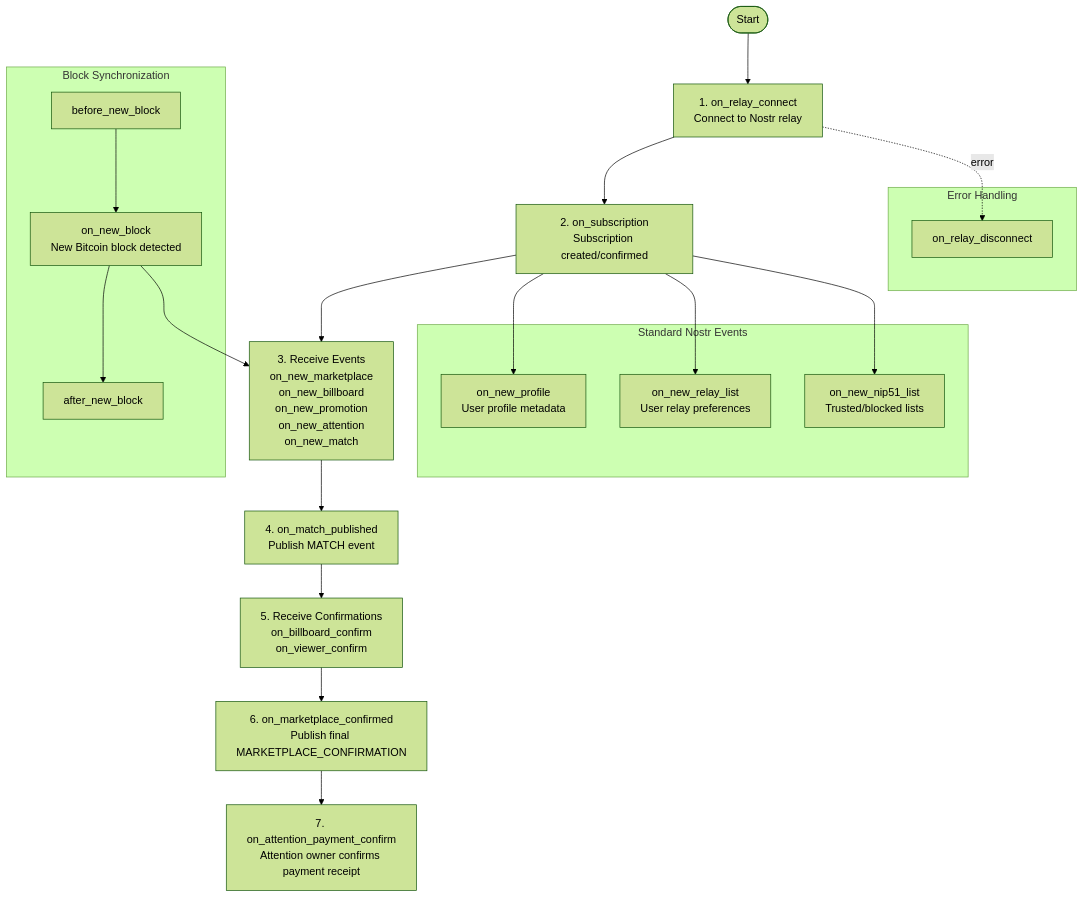
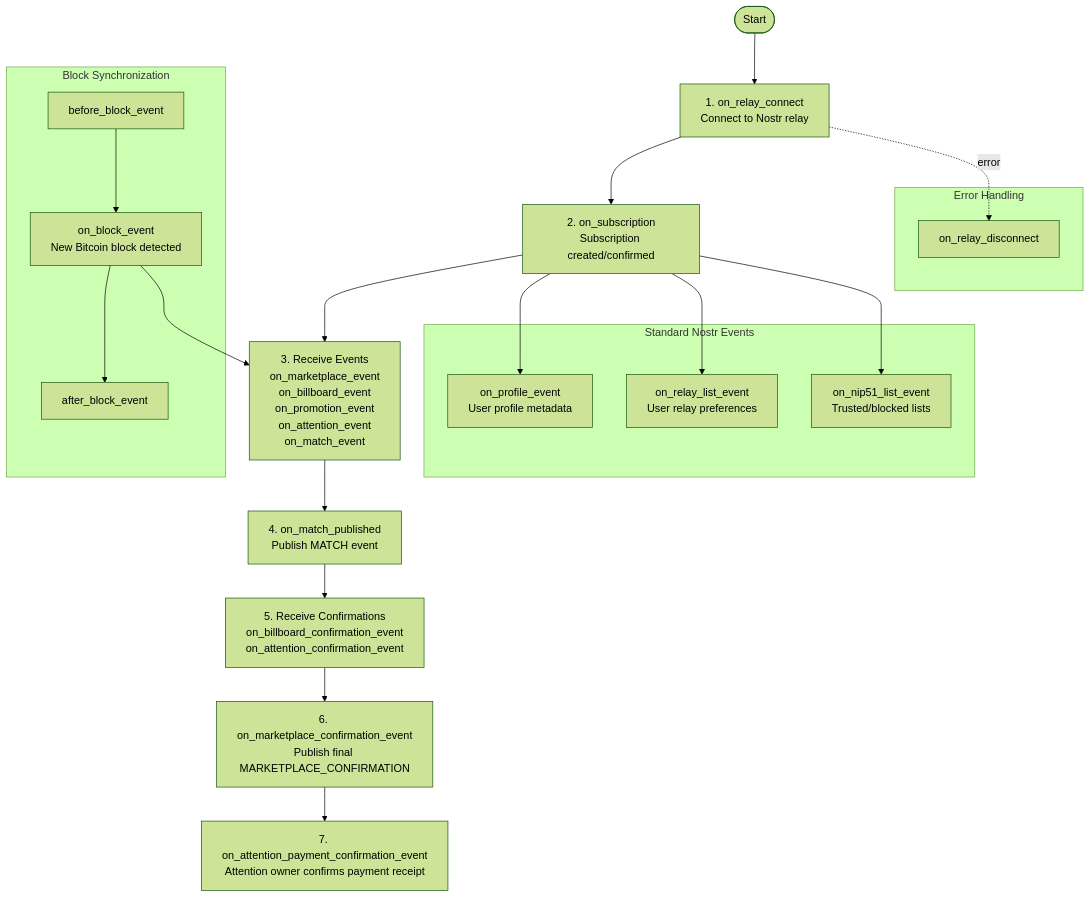
Before and after one commit to joinnextblock/attn-protocol: the diagram in packages/framework/docs/HOOKS.md, drawn with Mermaid (forest theme). The commit also changed other lines of this file and 41 other files, not shown here.

````diff
--- a/packages/framework/docs/HOOKS.md
+++ b/packages/framework/docs/HOOKS.md
@@ -7,33 +7,33 @@
 ```mermaid
 graph TD
     Start([Start]) --> relay_connect[1. on_relay_connect<br/>Connect to Nostr relay]
     relay_connect --> subscription[2. on_subscription<br/>Subscription created/confirmed]
-    subscription --> receive_events[3. Receive Events<br/>on_new_marketplace<br/>on_new_billboard<br/>on_new_promotion<br/>on_new_attention<br/>on_new_match]
+    subscription --> receive_events[3. Receive Events<br/>on_marketplace_event<br/>on_billboard_event<br/>on_promotion_event<br/>on_attention_event<br/>on_match_event]
     receive_events --> match[4. on_match_published<br/>Publish MATCH event]
-    match --> confirmations[5. Receive Confirmations<br/>on_billboard_confirm<br/>on_viewer_confirm]
-    confirmations --> final[6. on_marketplace_confirmed<br/>Publish final MARKETPLACE_CONFIRMATION]
-    final --> payment[7. on_attention_payment_confirm<br/>Attention owner confirms payment receipt]
+    match --> confirmations[5. Receive Confirmations<br/>on_billboard_confirmation_event<br/>on_attention_confirmation_event]
+    confirmations --> final[6. on_marketplace_confirmation_event<br/>Publish final MARKETPLACE_CONFIRMATION]
+    final --> payment[7. on_attention_payment_confirmation_event<br/>Attention owner confirms payment receipt]
 
     subgraph Block Synchronization
-        block_before[before_new_block]
-        block_finalized[on_new_block<br/>New Bitcoin block detected]
-        block_after[after_new_block]
+        block_before[before_block_event]
+        block_finalized[on_block_event<br/>New Bitcoin block detected]
+        block_after[after_block_event]
     end
     block_before --> block_finalized --> block_after
     block_finalized --> receive_events
 
     subgraph Standard Nostr Events
-        profile[on_new_profile<br/>User profile metadata]
-        relay_list[on_new_relay_list<br/>User relay preferences]
-        nip51_list[on_new_nip51_list<br/>Trusted/blocked lists]
+        profile[on_profile_event<br/>User profile metadata]
+        relay_list[on_relay_list_event<br/>User relay preferences]
+        nip51_list[on_nip51_list_event<br/>Trusted/blocked lists]
     end
     subscription --> profile
     subscription --> relay_list
     subscription --> nip51_list
 
     subgraph Error Handling
         relay_disconnect[on_relay_disconnect]
     end
 
     relay_connect -.->|error| relay_disconnect
 ```
````
